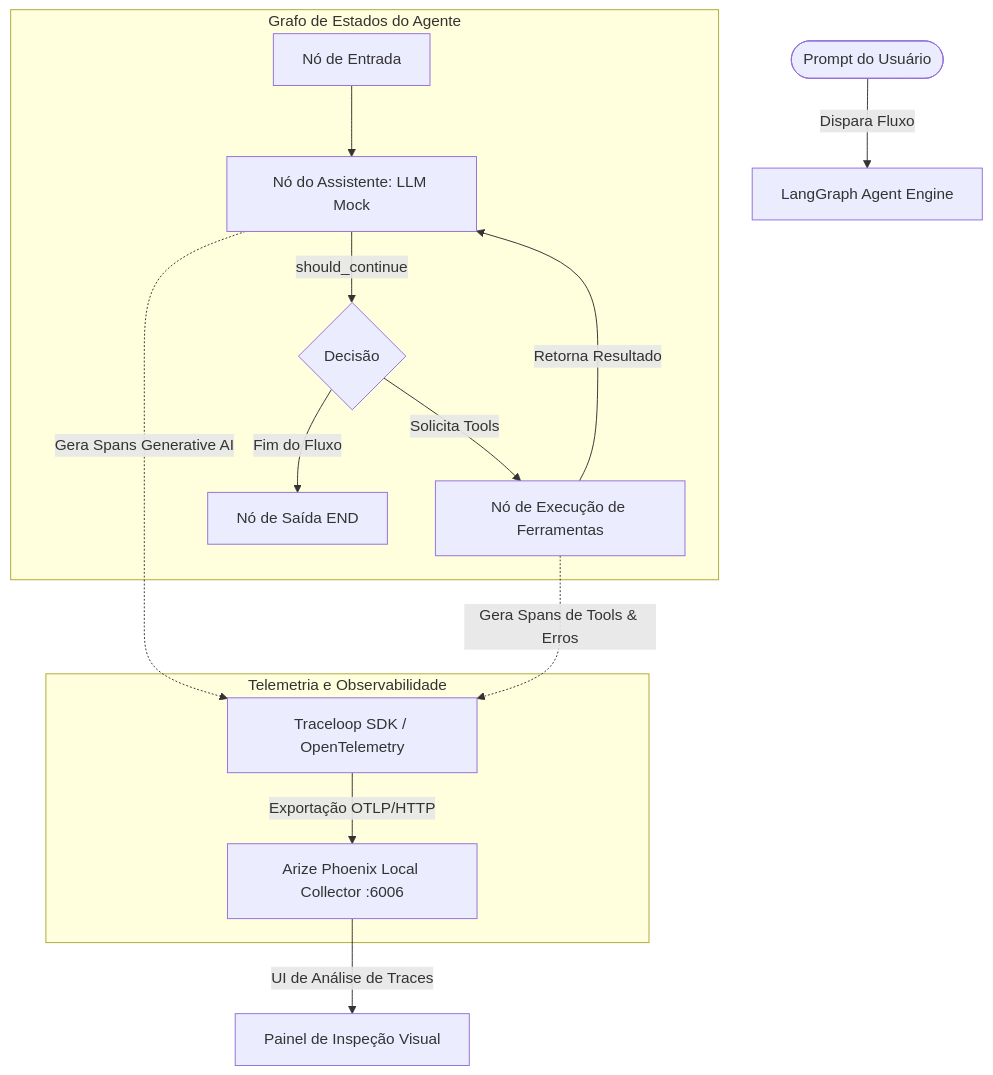
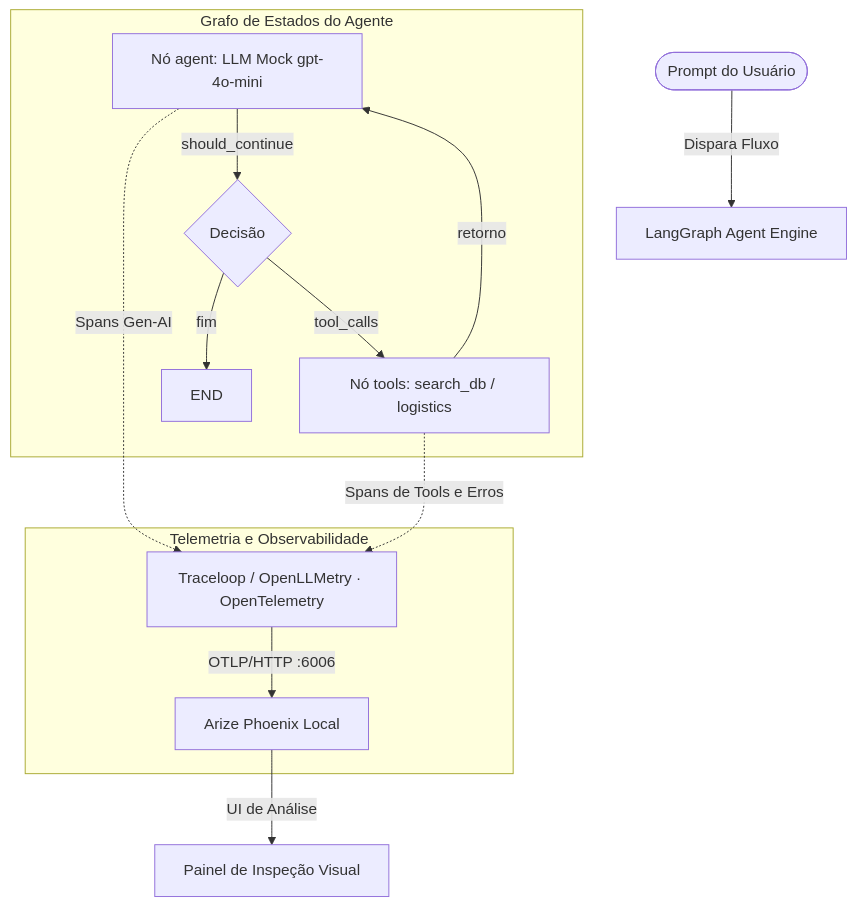
Before and after one commit to nicolaskms/observability-tracing: the diagram in README.md, drawn with Mermaid. The commit also changed other lines of this file and 19 other files, not shown here.

````diff
--- a/README.md
+++ b/README.md
@@ -22,20 +36,20 @@
 ```mermaid
 flowchart TD
     User([Prompt do Usuário]) -->|Dispara Fluxo| LG[LangGraph Agent Engine]
-    
-    subgraph LangGraph Graph [Grafo de Estados do Agente]
-        Entry[Nó de Entrada] --> Model[Nó do Assistente: LLM Mock]
+
+    subgraph LangGraph [Grafo de Estados do Agente]
+        Model[Nó agent: LLM Mock gpt-4o-mini]
         Model -->|should_continue| Check{Decisão}
-        Check -->|Solicita Tools| ToolsNode[Nó de Execução de Ferramentas]
-        ToolsNode -->|Retorna Resultado| Model
-        Check -->|Fim do Fluxo| End[Nó de Saída END]
+        Check -->|tool_calls| ToolsNode[Nó tools: search_db / logistics]
+        ToolsNode -->|retorno| Model
+        Check -->|fim| End[END]
     end
 
-    subgraph Telemetria e Observabilidade
-        Model -.->|Gera Spans Generative AI| TL[Traceloop SDK / OpenTelemetry]
-        ToolsNode -.->|Gera Spans de Tools & Erros| TL
-        TL -->|Exportação OTLP/HTTP| AP[Arize Phoenix Local Collector :6006]
+    subgraph Telemetria [Telemetria e Observabilidade]
+        Model -.->|Spans Gen-AI| TL[Traceloop / OpenLLMetry · OpenTelemetry]
+        ToolsNode -.->|Spans de Tools e Erros| TL
+        TL -->|OTLP/HTTP :6006| AP[Arize Phoenix Local]
     end
 
-    AP -->|UI de Análise de Traces| Browser[Painel de Inspeção Visual]
+    AP -->|UI de Análise| Browser[Painel de Inspeção Visual]
 ```
````
